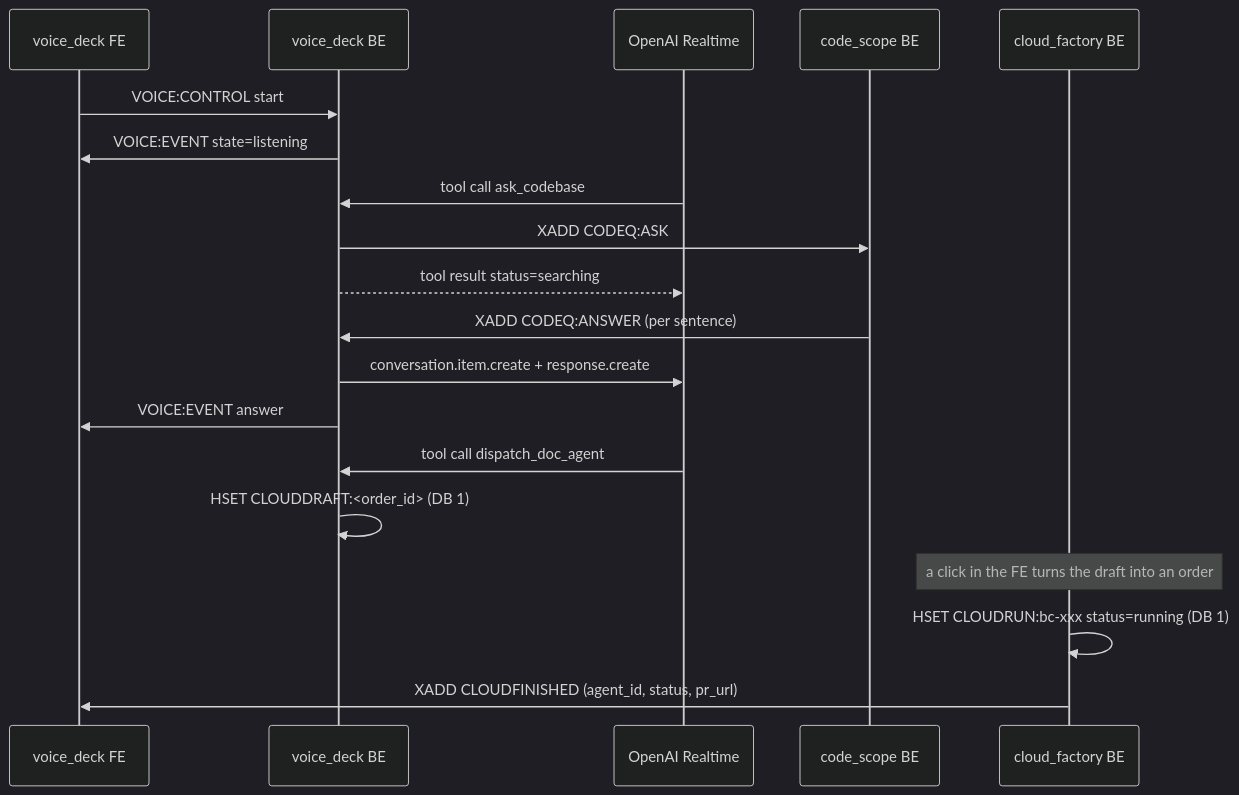
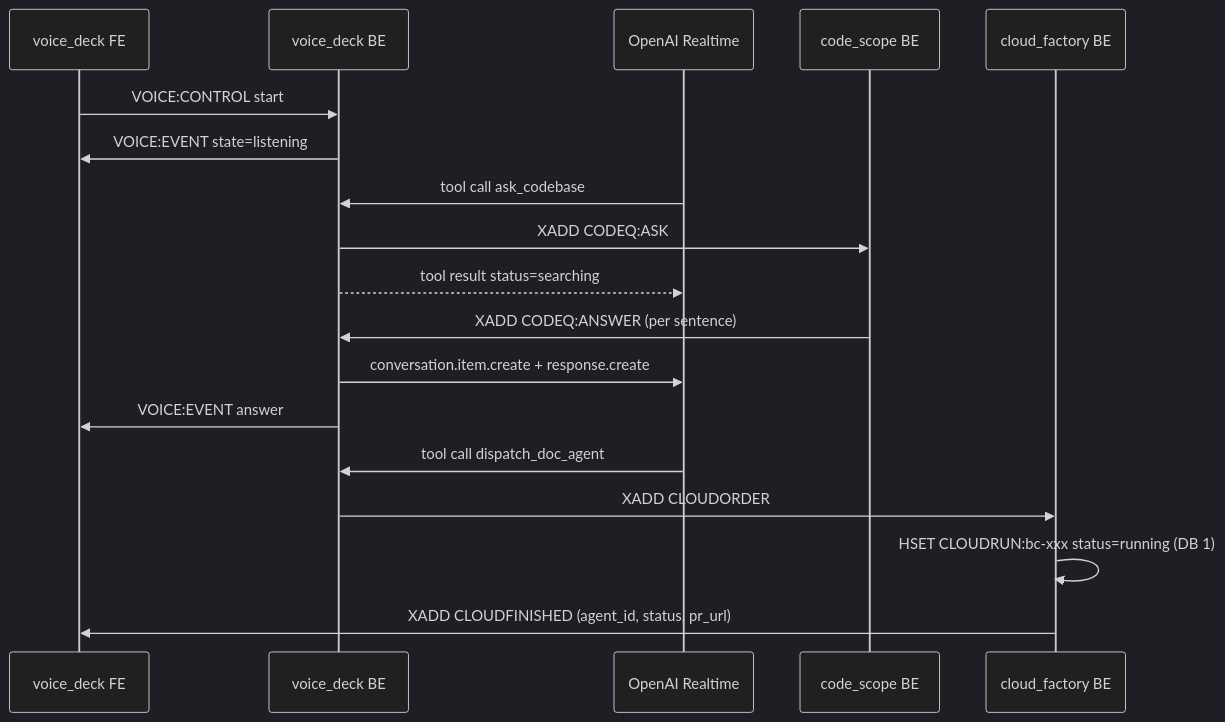
The diagram in MegaDesk-contracts/redis/voice-chain.md (SamJBoyer/MegaDesk), drawn with Mermaid (dark theme) before and after one commit. The commit also changed other lines of this file and 27 other files, not shown here.

````diff
--- a/MegaDesk-contracts/redis/voice-chain.md
+++ b/MegaDesk-contracts/redis/voice-chain.md
@@ -16,22 +16,21 @@
 ```mermaid
 sequenceDiagram
     participant VDFE as voice_deck FE
     participant VD as voice_deck BE
     participant RT as OpenAI Realtime
     participant CS as code_scope BE
     participant CD as cloud_factory BE
 
     VDFE->>VD: VOICE:CONTROL start
     VD->>VDFE: VOICE:EVENT state=listening
     RT->>VD: tool call ask_codebase
     VD->>CS: XADD CODEQ:ASK
     VD-->>RT: tool result status=searching
     CS->>VD: XADD CODEQ:ANSWER (per sentence)
     VD->>RT: conversation.item.create + response.create
     VD->>VDFE: VOICE:EVENT answer
     RT->>VD: tool call dispatch_doc_agent
-    VD->>VD: HSET CLOUDDRAFT:<order_id> (DB 1)
-    Note over CD: a click in the FE turns the draft into an order
+    VD->>CD: XADD CLOUDORDER
     CD->>CD: HSET CLOUDRUN:bc-xxx status=running (DB 1)
     CD->>VDFE: XADD CLOUDFINISHED (agent_id, status, pr_url)
 ```
````
